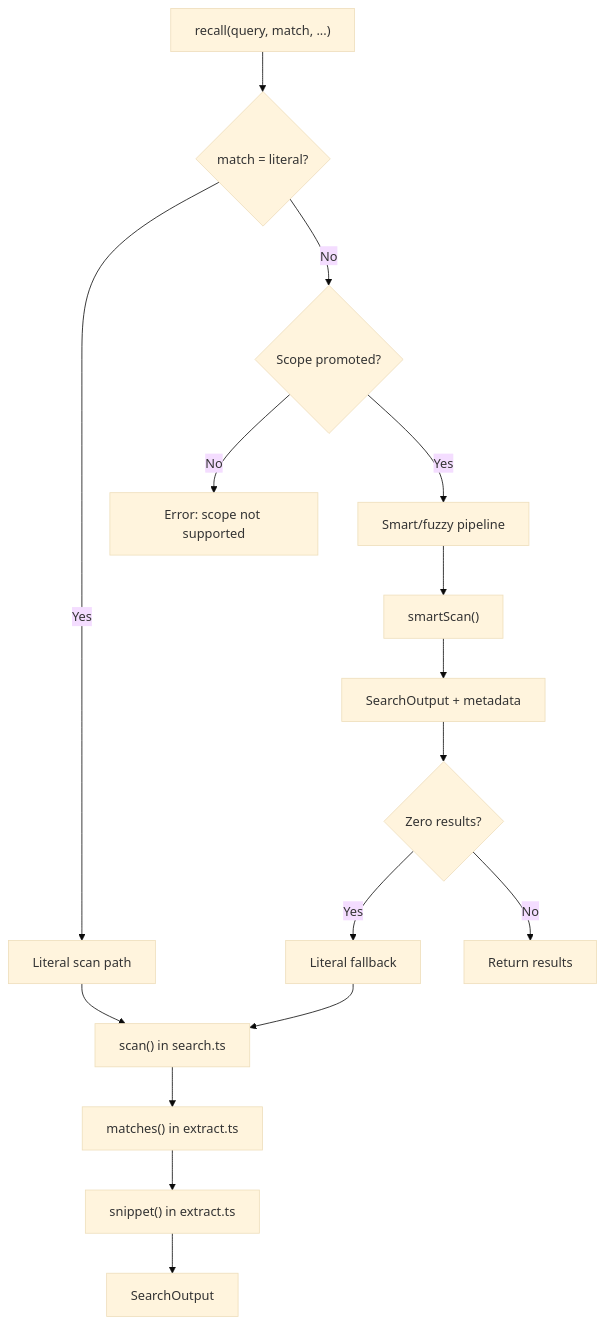
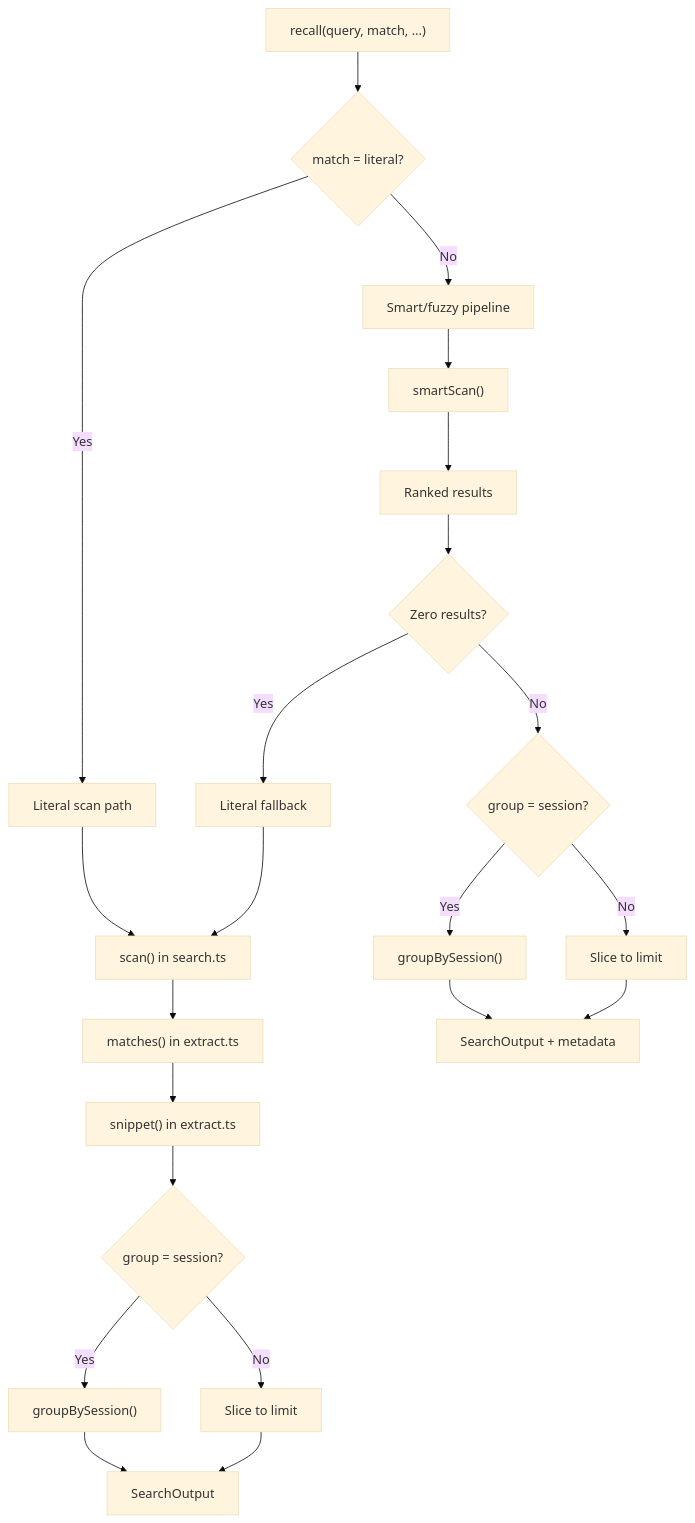
One commit to rmk40/opencode-session-recall changed the second of 5 diagrams in CONTRIBUTING.md. Above: the diagram before and after it, drawn with Mermaid (base theme). The commit also changed other lines of this file and 5 other files, not shown here.

First line of the commit message:
feat(recall): add smart/fuzzy for all scopes and session grouping

````diff
--- a/CONTRIBUTING.md
+++ b/CONTRIBUTING.md
@@ -94,23 +94,30 @@
 ```mermaid
 flowchart TB
     Start["recall(query, match, ...)"] --> Guard{"match = literal?"}
 
     Guard -->|Yes| Literal["Literal scan path"]
-    Guard -->|No| ScopeCheck{"Scope promoted?"}
-
-    ScopeCheck -->|No| Reject["Error: scope not supported"]
-    ScopeCheck -->|Yes| Smart["Smart/fuzzy pipeline"]
+    Guard -->|No| Smart["Smart/fuzzy pipeline"]
 
     Literal --> LitScan["scan() in search.ts"]
     LitScan --> LitMatch["matches() in extract.ts"]
     LitMatch --> LitSnip["snippet() in extract.ts"]
-    LitSnip --> LitOut["SearchOutput"]
+    LitSnip --> GroupCheck1{"group = session?"}
 
     Smart --> Pipeline["smartScan()"]
-    Pipeline --> SmartOut["SearchOutput + metadata"]
+    Pipeline --> SmartOut["Ranked results"]
 
     SmartOut --> FallbackCheck{"Zero results?"}
     FallbackCheck -->|Yes| Fallback["Literal fallback"]
-    FallbackCheck -->|No| Done["Return results"]
+    FallbackCheck -->|No| GroupCheck2{"group = session?"}
     Fallback --> LitScan
+
+    GroupCheck1 -->|Yes| Group1["groupBySession()"]
+    GroupCheck1 -->|No| Slice1["Slice to limit"]
+    GroupCheck2 -->|Yes| Group2["groupBySession()"]
+    GroupCheck2 -->|No| Slice2["Slice to limit"]
+
+    Group1 --> Out1["SearchOutput"]
+    Slice1 --> Out1
+    Group2 --> Out2["SearchOutput + metadata"]
+    Slice2 --> Out2
 ```
````
